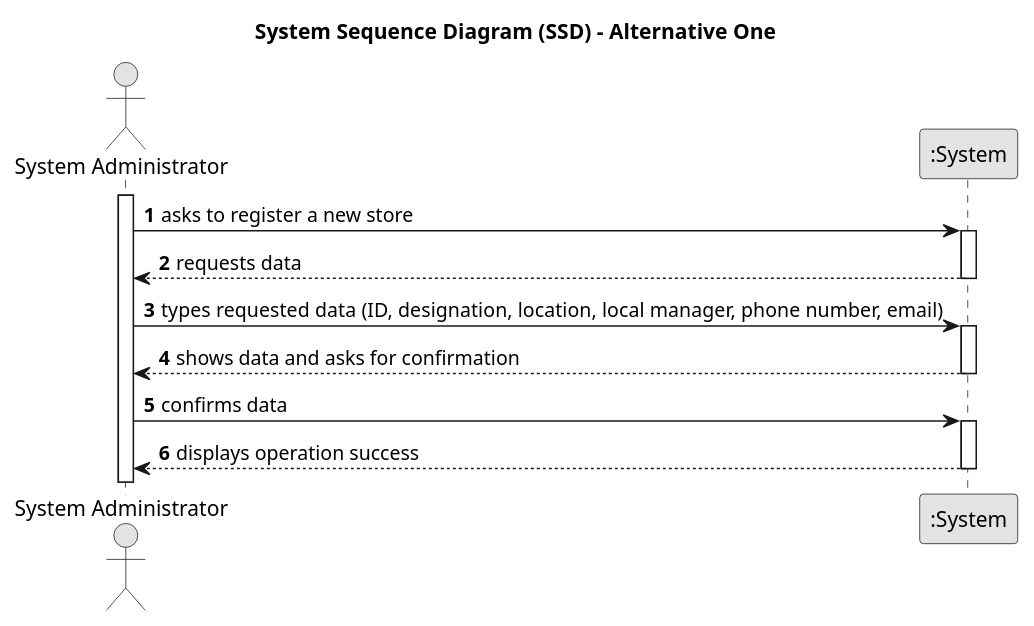
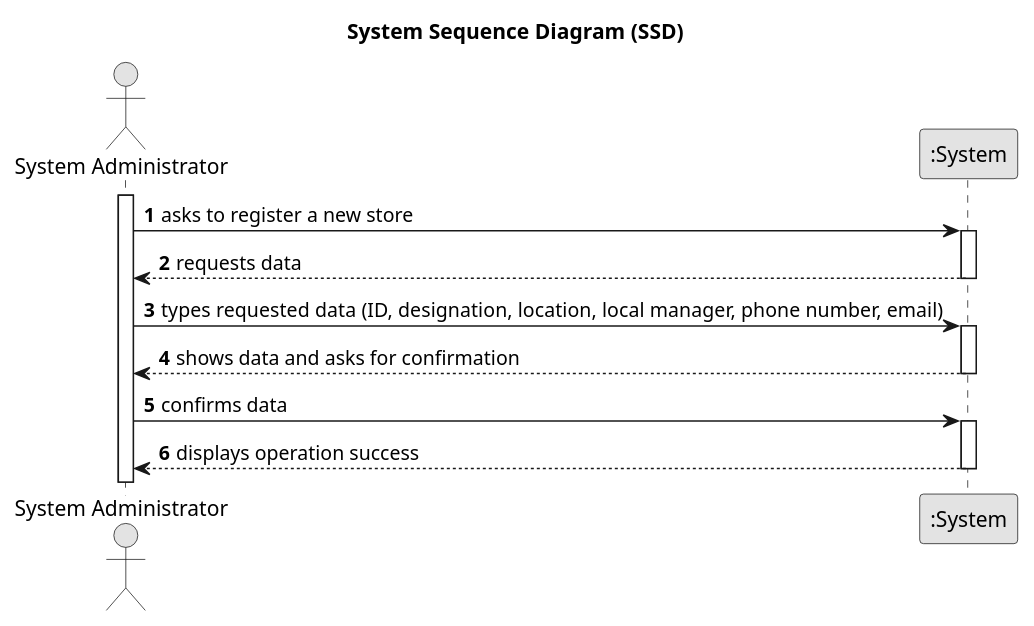
One commit to rita-barbosa/LAPR2-2223 changed the diagram in docs/sprintA/us005/01.requirements-engineering/puml/us005-system-sequence-diagram.puml. Above: the diagram before and after it, drawn with PlantUML. The commit also changed 3 other files, not shown here.

Commit message:
domain model and system sequence update

```diff
--- a/docs/sprintA/us005/01.requirements-engineering/puml/us005-system-sequence-diagram.puml
+++ b/docs/sprintA/us005/01.requirements-engineering/puml/us005-system-sequence-diagram.puml
@@ -1,34 +1,34 @@
 @startuml
 skinparam monochrome true
 skinparam packageStyle rectangle
 skinparam shadowing false
 
-title System Sequence Diagram (SSD) - Alternative One
+title System Sequence Diagram (SSD)
 
 autonumber
 
 actor "System Administrator" as Employee
 participant ":System" as System
 
 activate Employee
 
     Employee -> System : asks to register a new store
     activate System
 
         System --> Employee : requests data
     deactivate System
 
     Employee -> System : types requested data (ID, designation, location, local manager, phone number, email)
     activate System
 
         System --> Employee : shows data and asks for confirmation
     deactivate System
 
 
     Employee -> System : confirms data
     activate System
 
         System --> Employee : displays operation success
     deactivate System
 
 @enduml
```
